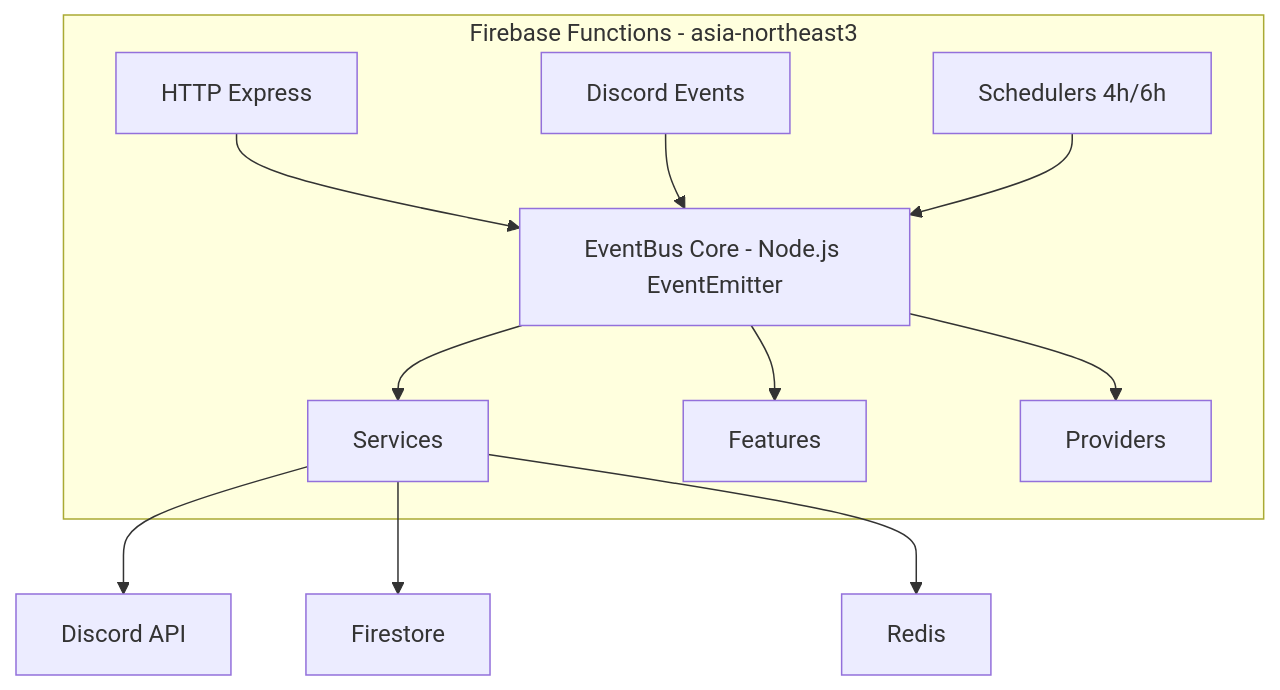
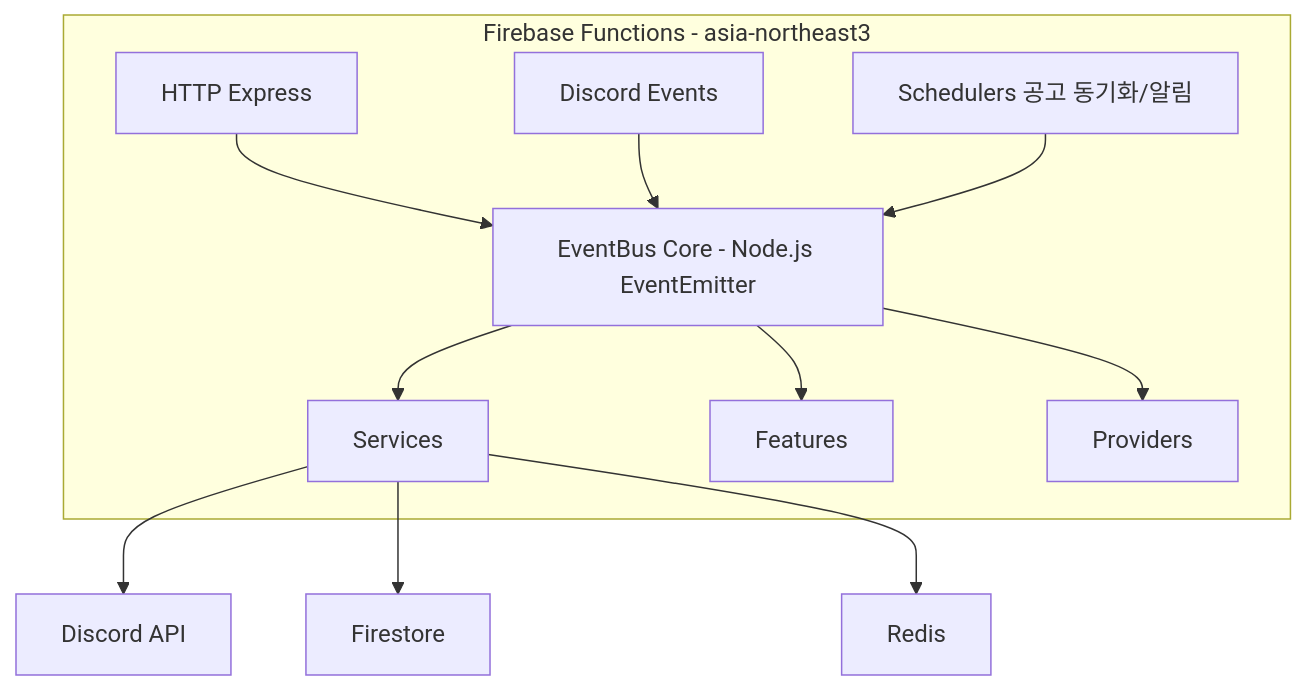
One commit to jscht/sria-notify-discord changed the first of 3 diagrams in .claude/docs/ARCHITECTURE.md. Above: the diagram before and after it, drawn with Mermaid. The commit also changed other lines of this file and 142 other files, not shown here.

````diff
--- a/.claude/docs/ARCHITECTURE.md
+++ b/.claude/docs/ARCHITECTURE.md
@@ -11,14 +11,14 @@
 ```mermaid
 graph TD
     subgraph Firebase Functions - asia-northeast3
         HTTP[HTTP Express] --> EventBus[EventBus Core - Node.js EventEmitter]
         Discord[Discord Events] --> EventBus
-        Schedulers[Schedulers 4h/6h] --> EventBus
+        Schedulers[Schedulers 공고 동기화/알림] --> EventBus
         EventBus --> Services
         EventBus --> Features
         EventBus --> Providers
     end
     Services --> DiscordAPI[Discord API]
     Services --> Firestore
     Services --> Redis
 ```
````
